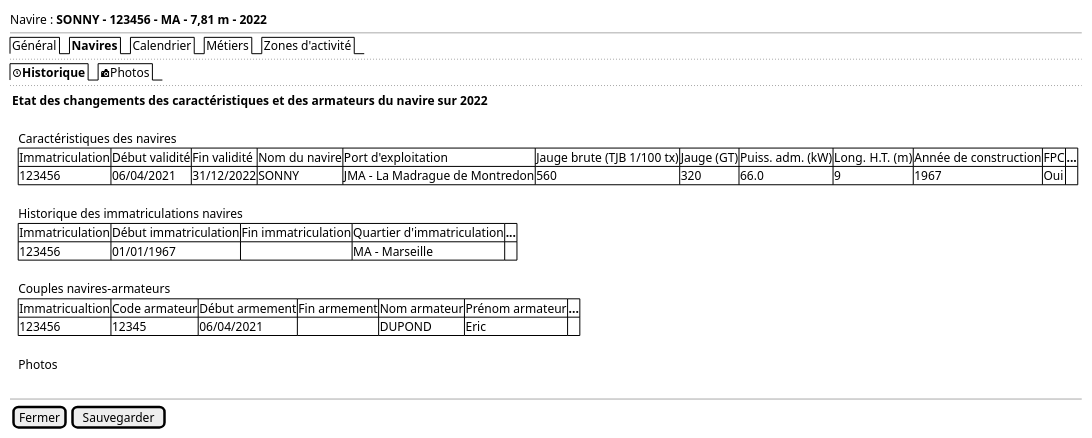
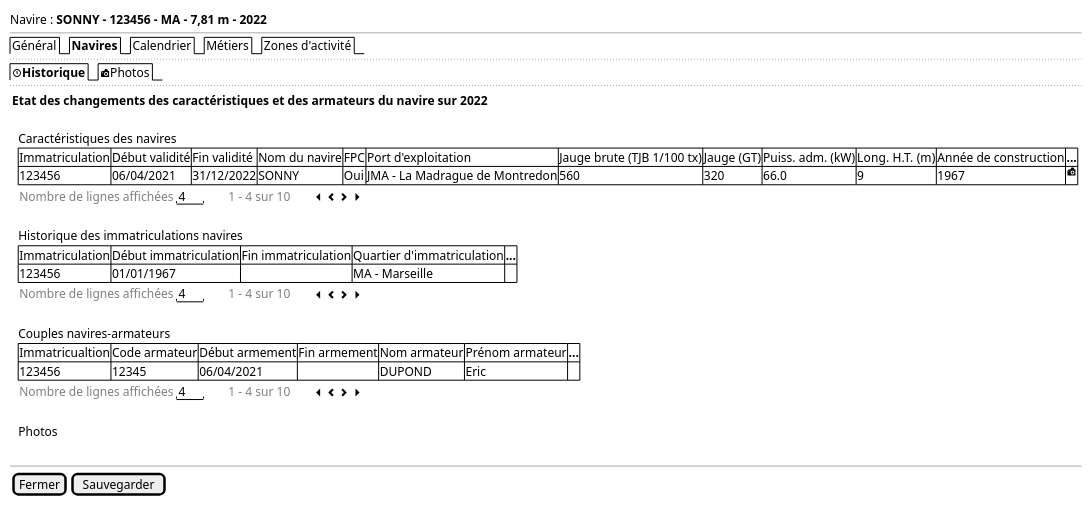
One commit to sumaris-net/sumaris-doc changed the diagram in projects/activity-calendar/spe/images/activity-calendar-vessels-history.puml. Above: the diagram before and after it, drawn with PlantUML. The commit also changed 6 other files, not shown here.

```diff
--- a/projects/activity-calendar/spe/images/activity-calendar-vessels-history.puml
+++ b/projects/activity-calendar/spe/images/activity-calendar-vessels-history.puml
@@ -1,38 +1,39 @@
 @startsalt
 {
   Navire : <b>SONNY - 123456 - MA - 7,81 m - 2022
   --
   {/ Général | <b>Navires | Calendrier | Métiers | Zones d'activité}
   ..
   {/ <&clock><b>Historique | <&camera-slr>Photos}
   ..
   {{
   <b>Etat des changements des caractéristiques et des armateurs du navire sur 2022
     .
     {
     . | Caractéristiques des navires
-    . | {# Immatriculation | Début validité | Fin validité | Nom du navire | Port d'exploitation | Jauge brute (TJB 1/100 tx) | Jauge (GT) | Puiss. adm. (kW) | Long. H.T. (m) | Année de construction | FPC | <b>...
-       123456 | 06/04/2021 | 31/12/2022 | SONNY | JMA - La Madrague de Montredon | 560 | 320 | 66.0 | 9 | 1967 | Oui}
+    . | {# Immatriculation | Début validité | Fin validité | Nom du navire | FPC | Port d'exploitation | Jauge brute (TJB 1/100 tx) | Jauge (GT) | Puiss. adm. (kW) | Long. H.T. (m) | Année de construction  | <b>...
+       123456 | 06/04/2021 | 31/12/2022 | SONNY | Oui | JMA - La Madrague de Montredon | 560 | 320 | 66.0 | 9 | 1967 | <&camera-slr>}
+    . | { <font color=grey>Nombre de lignes affichées</font> |  " 4 "  | . | . | . | . | <font color=grey>1 - 4 sur 10 | . | . | . | . | <&caret-left> <&chevron-left> <&chevron-right> <&caret-right> }
     .
 
     . | Historique des immatriculations navires
     . | {# Immatriculation | Début immatriculation | Fin immatriculation | Quartier d'immatriculation | <b>...
        123456 | 01/01/1967 | . | MA - Marseille}
+    . | { <font color=grey>Nombre de lignes affichées</font> |  " 4 "  | . | . | . | . | <font color=grey>1 - 4 sur 10 | . | . | . | . | <&caret-left> <&chevron-left> <&chevron-right> <&caret-right> }
     .
-
     . | Couples navires-armateurs
     . | {# Immatricualtion | Code armateur | Début armement | Fin armement | Nom armateur | Prénom armateur | <b>...
        123456 | 12345 | 06/04/2021 | . | DUPOND | Eric}
+    . | { <font color=grey>Nombre de lignes affichées</font> |  " 4 "  | . | . | . | . | <font color=grey>1 - 4 sur 10 | . | . | . | . | <&caret-left> <&chevron-left> <&chevron-right> <&caret-right> }
     .
-
     . | Photos
     }
   }
 
 }
 
   .
   --
   { [Fermer] | [Sauvegarder] }
 }
 @endsalt
```
